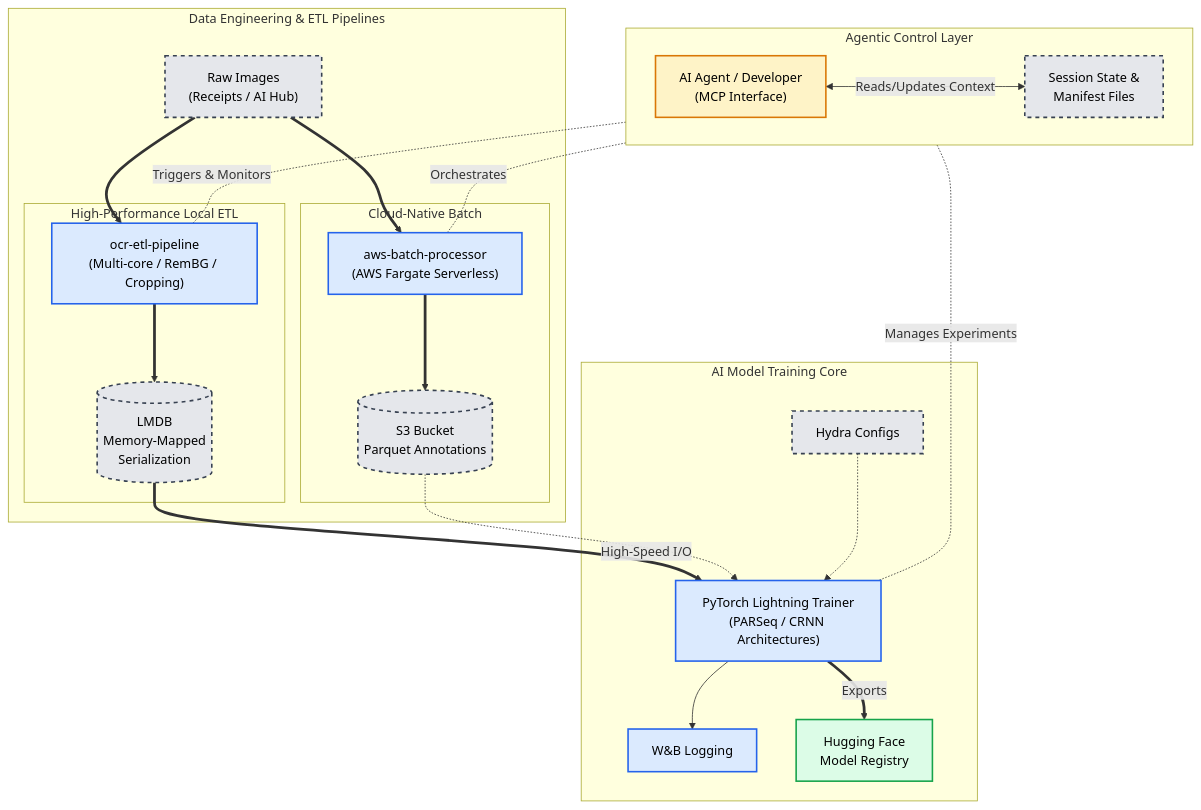
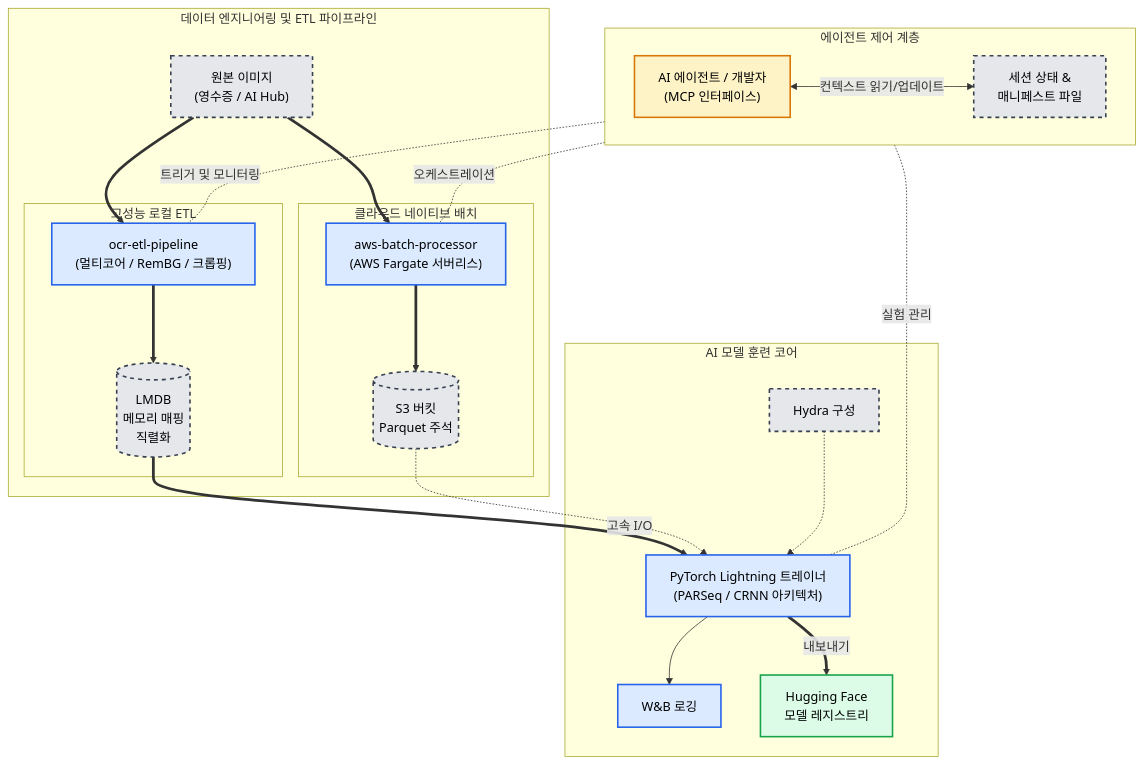
Before and after one commit to Wchoi189/upstageailab-ocr-recsys-competition-ocr-2: the diagram in README.ko.md, drawn with Mermaid. The commit also changed other lines of this file and 143 other files, not shown here.

````diff
--- a/README.ko.md
+++ b/README.ko.md
@@ -62,55 +62,55 @@
 ```mermaid
 graph TD
     %% Styles
     classDef storage fill:#e5e7eb,stroke:#374151,stroke-width:2px,color:#000,stroke-dasharray: 5 5;
     classDef process fill:#dbeafe,stroke:#2563eb,stroke-width:2px,color:#000;
     classDef agent fill:#fef3c7,stroke:#d97706,stroke-width:2px,color:#000;
     classDef artifact fill:#dcfce7,stroke:#16a34a,stroke-width:2px,color:#000;
 
     %% Orchestration Layer
-    subgraph Orchestration["Agentic Control Layer"]
+    subgraph Orchestration["에이전트 제어 계층"]
         direction LR
-        Agent["AI Agent / Developer<br/>(MCP Interface)"]:::agent
-        State["Session State &<br/>Manifest Files"]:::storage
-        Agent <--> |Reads/Updates Context| State
+        Agent["AI 에이전트 / 개발자<br/>(MCP 인터페이스)"]:::agent
+        State["세션 상태 &<br/>매니페스트 파일"]:::storage
+        Agent <--> |컨텍스트 읽기/업데이트| State
     end
 
     %% Data Engineering Layer
-    subgraph DataOps["Data Engineering & ETL Pipelines"]
-        RawData["Raw Images<br/>(Receipts / AI Hub)"]:::storage
+    subgraph DataOps["데이터 엔지니어링 및 ETL 파이프라인"]
+        RawData["원본 이미지<br/>(영수증 / AI Hub)"]:::storage
 
-        subgraph LocalPipe["High-Performance Local ETL"]
-            ETLProc["ocr-etl-pipeline<br/>(Multi-core / RemBG / Cropping)"]:::process
-            LMDB[("LMDB<br/>Memory-Mapped<br/>Serialization")]:::storage
+        subgraph LocalPipe["고성능 로컬 ETL"]
+            ETLProc["ocr-etl-pipeline<br/>(멀티코어 / RemBG / 크롭핑)"]:::process
+            LMDB[("LMDB<br/>메모리 매핑<br/>직렬화")]:::storage
         end
 
-        subgraph CloudPipe["Cloud-Native Batch"]
-            AWSBatch["aws-batch-processor<br/>(AWS Fargate Serverless)"]:::process
-            S3Parquet[("S3 Bucket<br/>Parquet Annotations")]:::storage
+        subgraph CloudPipe["클라우드 네이티브 배치"]
+            AWSBatch["aws-batch-processor<br/>(AWS Fargate 서버리스)"]:::process
+            S3Parquet[("S3 버킷<br/>Parquet 주석")]:::storage
         end
 
         RawData ==> ETLProc
         ETLProc ==> LMDB
         RawData ==> AWSBatch
         AWSBatch ==> S3Parquet
     end
 
     %% ML Core Layer
-    subgraph MLCore["AI Model Training Core"]
-        Hydra["Hydra Configs"]:::storage
-        Trainer["PyTorch Lightning Trainer<br/>(PARSeq / CRNN Architectures)"]:::process
-        WandB["W&B Logging"]:::process
-        FinalModel["Hugging Face<br/>Model Registry"]:::artifact
+    subgraph MLCore["AI 모델 훈련 코어"]
+        Hydra["Hydra 구성"]:::storage
+        Trainer["PyTorch Lightning 트레이너<br/>(PARSeq / CRNN 아키텍처)"]:::process
+        WandB["W&B 로깅"]:::process
+        FinalModel["Hugging Face<br/>모델 레지스트리"]:::artifact
 
-        LMDB =="High-Speed I/O"==> Trainer
+        LMDB =="고속 I/O"==> Trainer
         S3Parquet -.-> Trainer
         Hydra -.-> Trainer
         Trainer --> WandB
-        Trainer ==>|Exports| FinalModel
+        Trainer ==>|내보내기| FinalModel
     end
 
-    %% Control Flow
-    Agent -.-|Triggers & Monitors| ETLProc
-    Agent -.-|Orchestrates| AWSBatch
-    Agent -.-|Manages Experiments| Trainer
+    %% 제어 흐름
+    Agent -.-|트리거 및 모니터링| ETLProc
+    Agent -.-|오케스트레이션| AWSBatch
+    Agent -.-|실험 관리| Trainer
 ```
````
